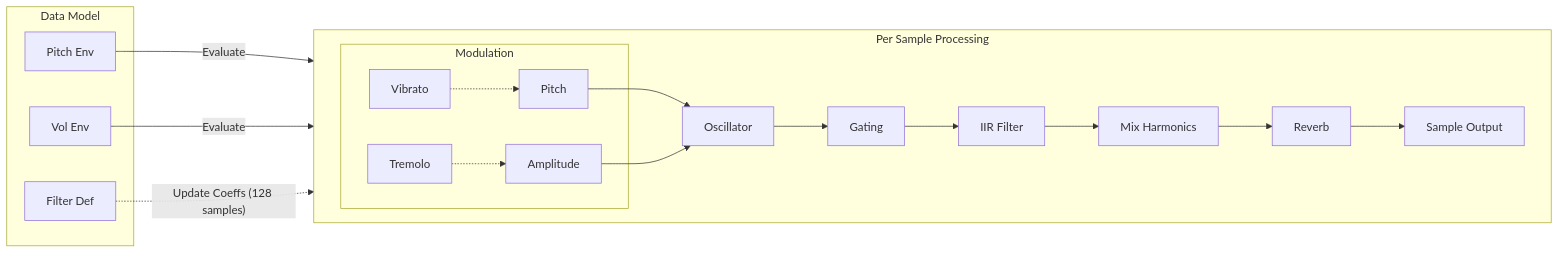
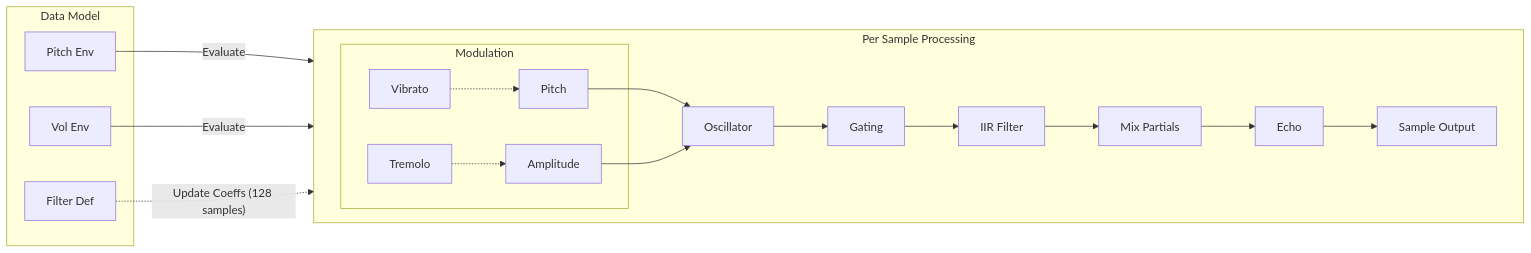
Before and after one commit to xsyetopz/jagfx-scala: the diagram in specs/synth_format_spec.md, drawn with Mermaid. The commit also changed other lines of this file, not shown here.

````diff
--- a/specs/synth_format_spec.md
+++ b/specs/synth_format_spec.md
@@ -133,34 +133,34 @@
 ```mermaid
 graph LR
     subgraph Data [Data Model]
       EnvP[Pitch Env]
       EnvV[Vol Env]
       FiltDef[Filter Def]
     end
 
     subgraph AudioLoop [Per Sample Processing]
 
       direction LR
 
       EnvP -->|Evaluate| Pitch[Pitch]
       EnvV -->|Evaluate| Amp[Amplitude]
 
       Pitch --> Osc[Oscillator]
       Amp --> Osc
 
       Osc --> Gating
       Gating --> Filter[IIR Filter]
 
-      Filter --> Mix[Mix Harmonics]
-      Mix --> Reverb
+      Filter --> Mix[Mix Partials]
+      Mix --> Echo
 
-      Reverb --> Out[Sample Output]
+      Echo --> Out[Sample Output]
 
       subgraph RateControl [Modulation]
          Vib[Vibrato] -.-> Pitch
          Trem[Tremolo] -.-> Amp
       end
     end
 
     FiltDef -.->|"Update Coeffs (128 samples)"| Filter
 ```
````
